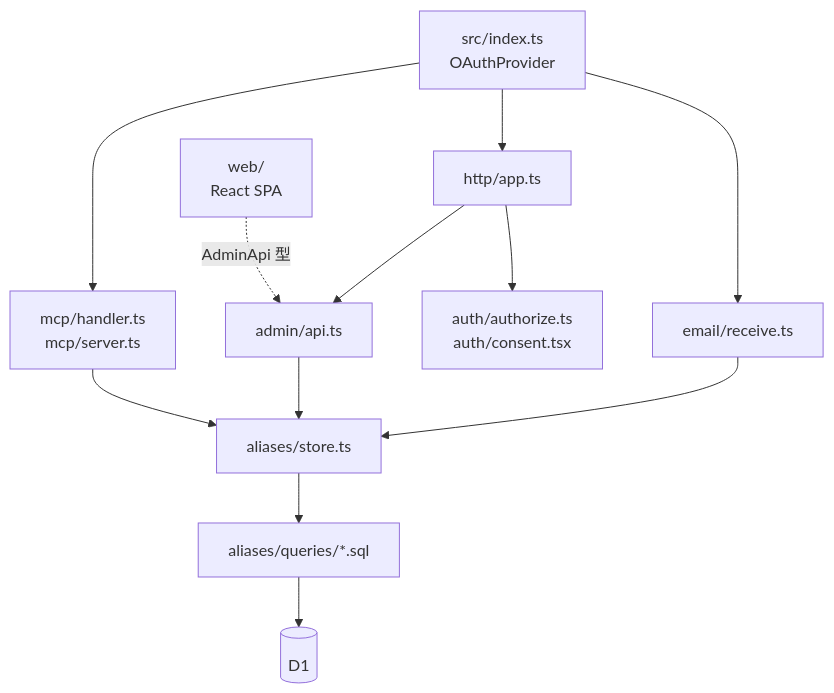
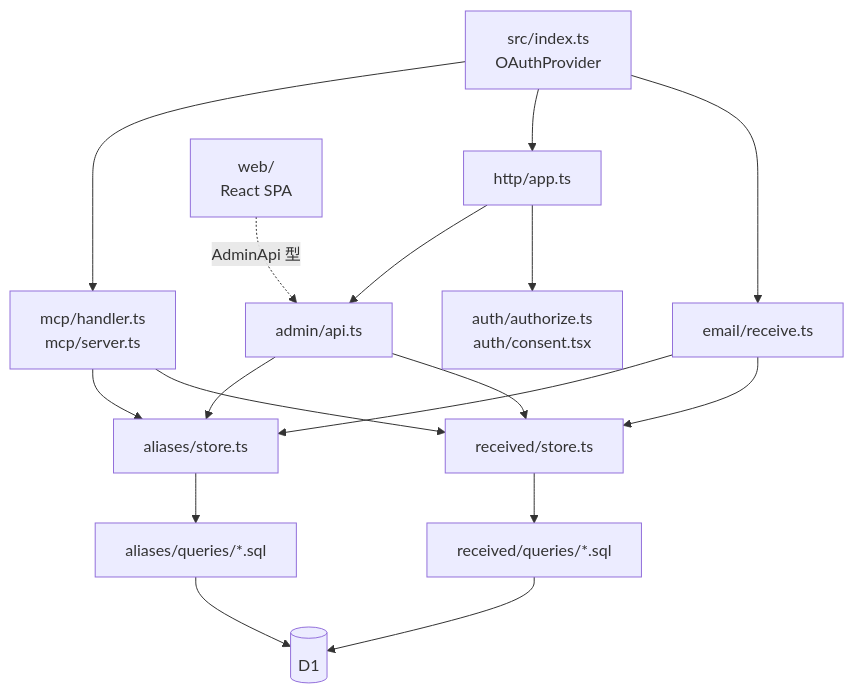
The diagram in AGENTS.md (trpfrog/email-aliases), drawn with Mermaid before and after one commit. The commit also changed other lines of this file and 1 other file, not shown here.

First line of the commit message:
docs: describe the received email history

````diff
--- a/AGENTS.md
+++ b/AGENTS.md
@@ -19,14 +19,19 @@
 ```mermaid
 flowchart TD
   index[src/index.ts<br/>OAuthProvider] --> mcp[mcp/handler.ts<br/>mcp/server.ts]
   index --> app[http/app.ts]
   index --> email[email/receive.ts]
   app --> admin[admin/api.ts]
   app --> auth[auth/authorize.ts<br/>auth/consent.tsx]
   web[web/<br/>React SPA] -. AdminApi 型 .-> admin
   mcp --> store[aliases/store.ts]
   admin --> store
   email --> store
+  mcp --> received[received/store.ts]
+  admin --> received
+  email --> received
   store --> sql[aliases/queries/*.sql]
+  received --> rsql[received/queries/*.sql]
   sql --> D1[(D1)]
+  rsql --> D1
 ```
````
